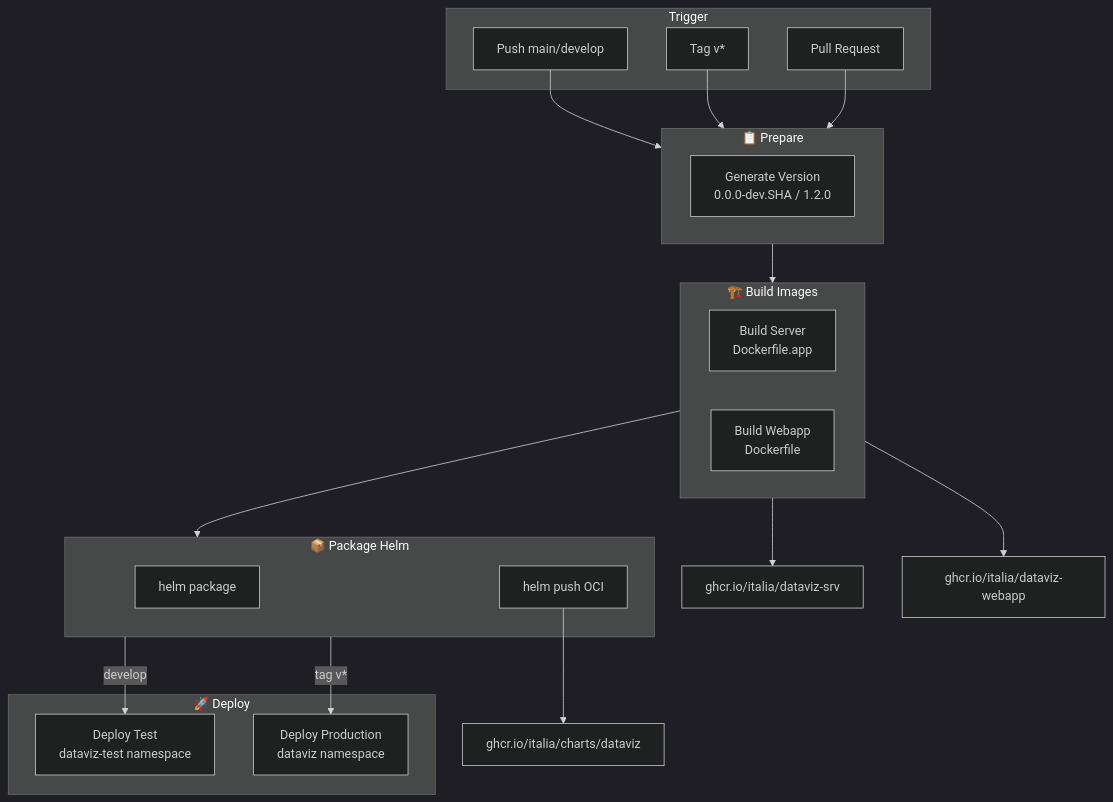
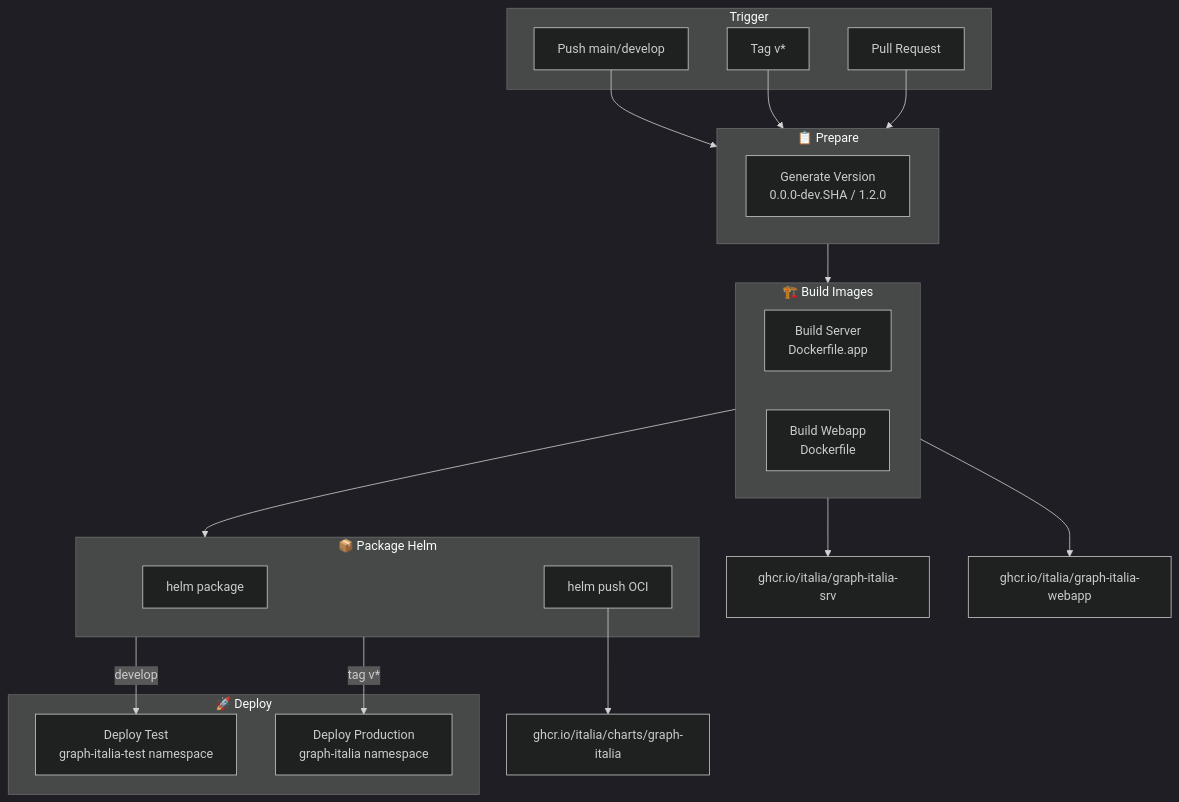
One commit to italia/graph-italia changed diagram 12 of 15 in README.md. Above: the diagram before and after it, drawn with Mermaid (dark theme). The commit also changed other lines of this file and 99 other files, not shown here.

First line of the commit message:
refactor: rebrand dataviz → graph-italia (graph.italia.it)

````diff
--- a/README.md
+++ b/README.md
@@ -932,42 +932,42 @@
 ```mermaid
 flowchart TB
     subgraph Trigger
         Push[Push main/develop]
         Tag[Tag v*]
         PR[Pull Request]
     end
 
     subgraph Prepare["📋 Prepare"]
         Version[Generate Version<br/>0.0.0-dev.SHA / 1.2.0]
     end
 
     subgraph Build["🏗️ Build Images"]
         direction LR
         BuildServer[Build Server<br/>Dockerfile.app]
         BuildWebapp[Build Webapp<br/>Dockerfile]
     end
 
     subgraph Package["📦 Package Helm"]
         HelmPkg[helm package]
         HelmPush[helm push OCI]
     end
 
     subgraph Deploy["🚀 Deploy"]
-        DeployTest[Deploy Test<br/>dataviz-test namespace]
-        DeployProd[Deploy Production<br/>dataviz namespace]
+        DeployTest[Deploy Test<br/>graph-italia-test namespace]
+        DeployProd[Deploy Production<br/>graph-italia namespace]
     end
 
     Push --> Prepare
     Tag --> Prepare
     PR --> Prepare
 
     Prepare --> Build
     Build --> Package
 
     Package -->|develop| DeployTest
     Package -->|tag v*| DeployProd
 
-    BuildServer --> GHCR1[ghcr.io/italia/dataviz-srv]
-    BuildWebapp --> GHCR2[ghcr.io/italia/dataviz-webapp]
-    HelmPush --> GHCR3[ghcr.io/italia/charts/dataviz]
+    BuildServer --> GHCR1[ghcr.io/italia/graph-italia-srv]
+    BuildWebapp --> GHCR2[ghcr.io/italia/graph-italia-webapp]
+    HelmPush --> GHCR3[ghcr.io/italia/charts/graph-italia]
 ```
````
